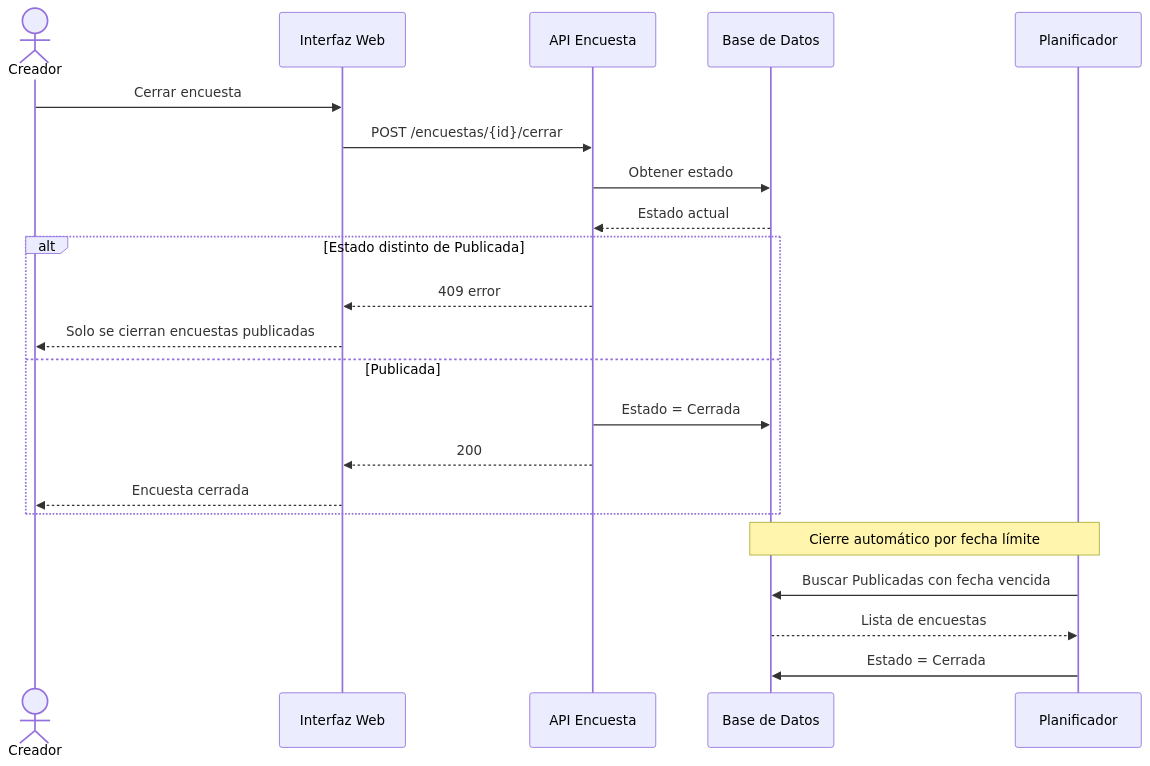
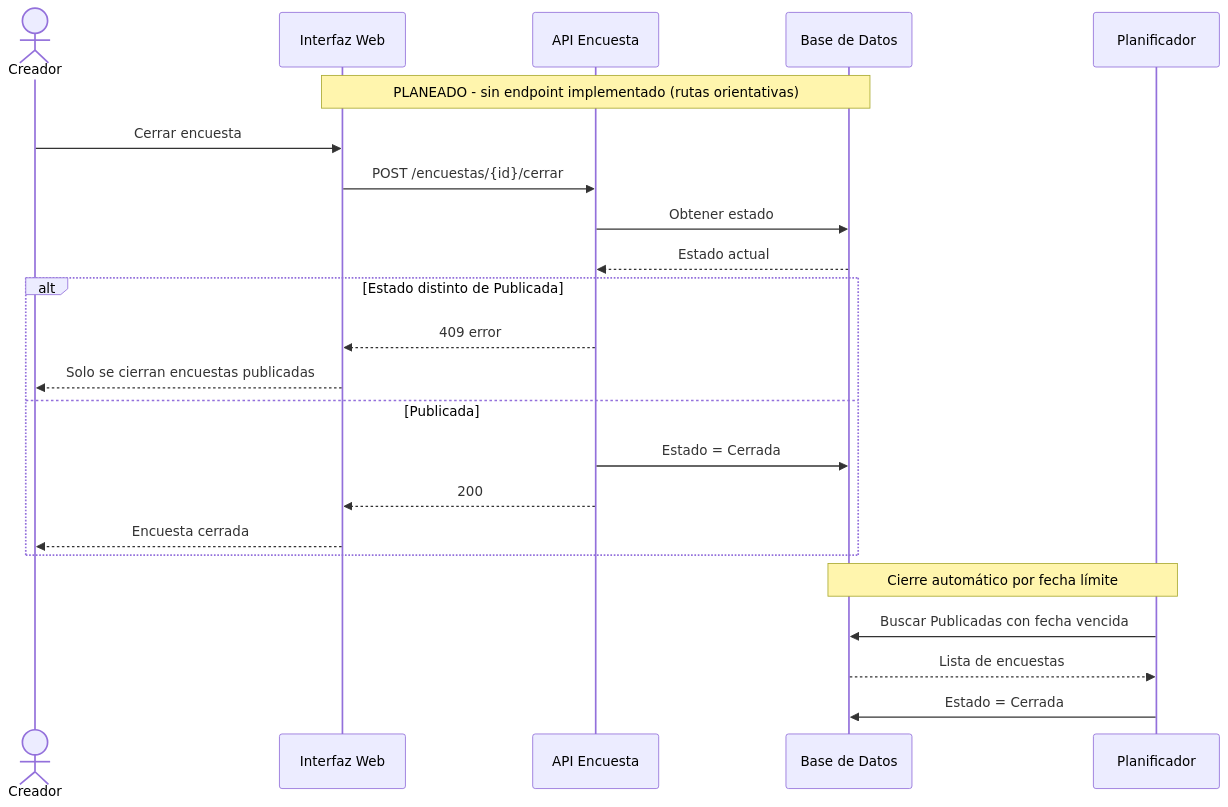
Before and after one commit to jhofran/Encuesta-Project-02: the diagram in docs/specs/functional/diagrams/04-cerrar-encuesta.mmd, drawn with Mermaid. The commit also changed 18 other files, not shown here.

```diff
--- a/docs/specs/functional/diagrams/04-cerrar-encuesta.mmd
+++ b/docs/specs/functional/diagrams/04-cerrar-encuesta.mmd
@@ -1,22 +1,23 @@
 sequenceDiagram
     actor C as Creador
     participant UI as Interfaz Web
     participant API as API Encuesta
     participant DB as Base de Datos
     participant S as Planificador
+    Note over UI,DB: PLANEADO - sin endpoint implementado (rutas orientativas)
     C->>UI: Cerrar encuesta
     UI->>API: POST /encuestas/{id}/cerrar
     API->>DB: Obtener estado
     DB-->>API: Estado actual
     alt Estado distinto de Publicada
         API-->>UI: 409 error
         UI-->>C: Solo se cierran encuestas publicadas
     else Publicada
         API->>DB: Estado = Cerrada
         API-->>UI: 200
         UI-->>C: Encuesta cerrada
     end
     Note over S,DB: Cierre automático por fecha límite
     S->>DB: Buscar Publicadas con fecha vencida
     DB-->>S: Lista de encuestas
     S->>DB: Estado = Cerrada
```
